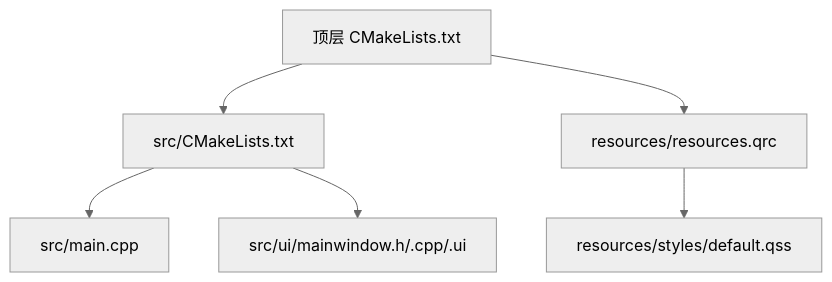
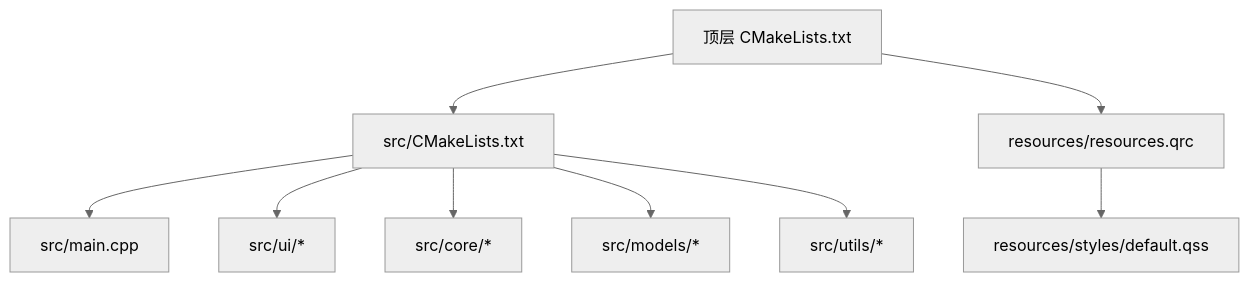
Before and after one commit to jakecai1225-design/OpenBus: the first of 3 diagrams in .qoder/repowiki/zh/content/开发指南/编码规范.md, drawn with Mermaid (neutral theme). The commit also changed other lines of this file and 25 other files, not shown here.

````diff
--- a/.qoder/repowiki/zh/content/开发指南/编码规范.md
+++ b/.qoder/repowiki/zh/content/开发指南/编码规范.md
@@ -37,8 +49,11 @@
 ```mermaid
 graph TB
 A["顶层 CMakeLists.txt"] --> B["src/CMakeLists.txt"]
 B --> C["src/main.cpp"]
-B --> D["src/ui/mainwindow.h/.cpp/.ui"]
-A --> E["resources/resources.qrc"]
-E --> F["resources/styles/default.qss"]
+B --> D["src/ui/*"]
+B --> E["src/core/*"]
+B --> F["src/models/*"]
+B --> G["src/utils/*"]
+A --> H["resources/resources.qrc"]
+H --> I["resources/styles/default.qss"]
 ```
````
